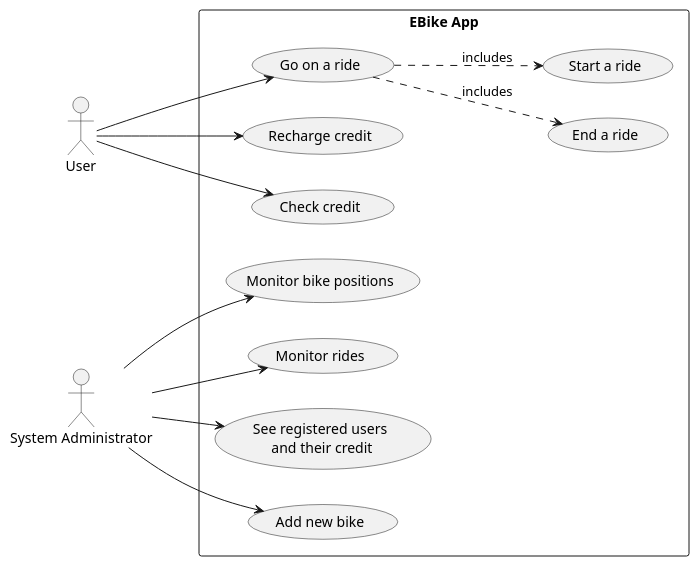
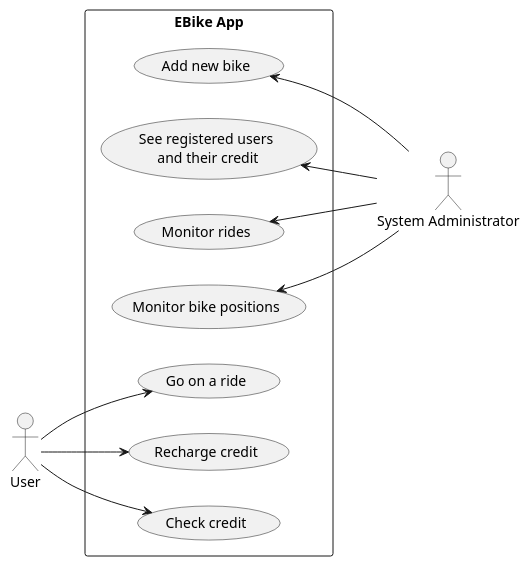
Before and after one commit to Ventus218/SAP-assignment-02: the diagram in doc/diagrams/src/use-cases.puml, drawn with PlantUML. The commit also changed 1 other file, not shown here.

```diff
--- a/doc/diagrams/src/use-cases.puml
+++ b/doc/diagrams/src/use-cases.puml
@@ -1,21 +1,19 @@
 @startuml use-cases
 
 actor "User"
 actor "System Administrator" as Admin
 
 left to right direction
 
 rectangle "EBike App" {
     User --> (Go on a ride)
-    (Go on a ride) .d.> (End a ride) : includes
-    (Go on a ride) .d.> (Start a ride) : includes
     User --> (Recharge credit)
     User --> (Check credit)
 
-    Admin --> (Monitor bike positions)
-    Admin --> (Monitor rides)
-    Admin --> (See registered users\n and their credit)
-    Admin --> (Add new bike)
+    Admin -u-> (Monitor bike positions)
+    Admin -u-> (Monitor rides)
+    Admin -u-> (See registered users\n and their credit)
+    Admin -u-> (Add new bike)
 }
 
 @enduml
```
